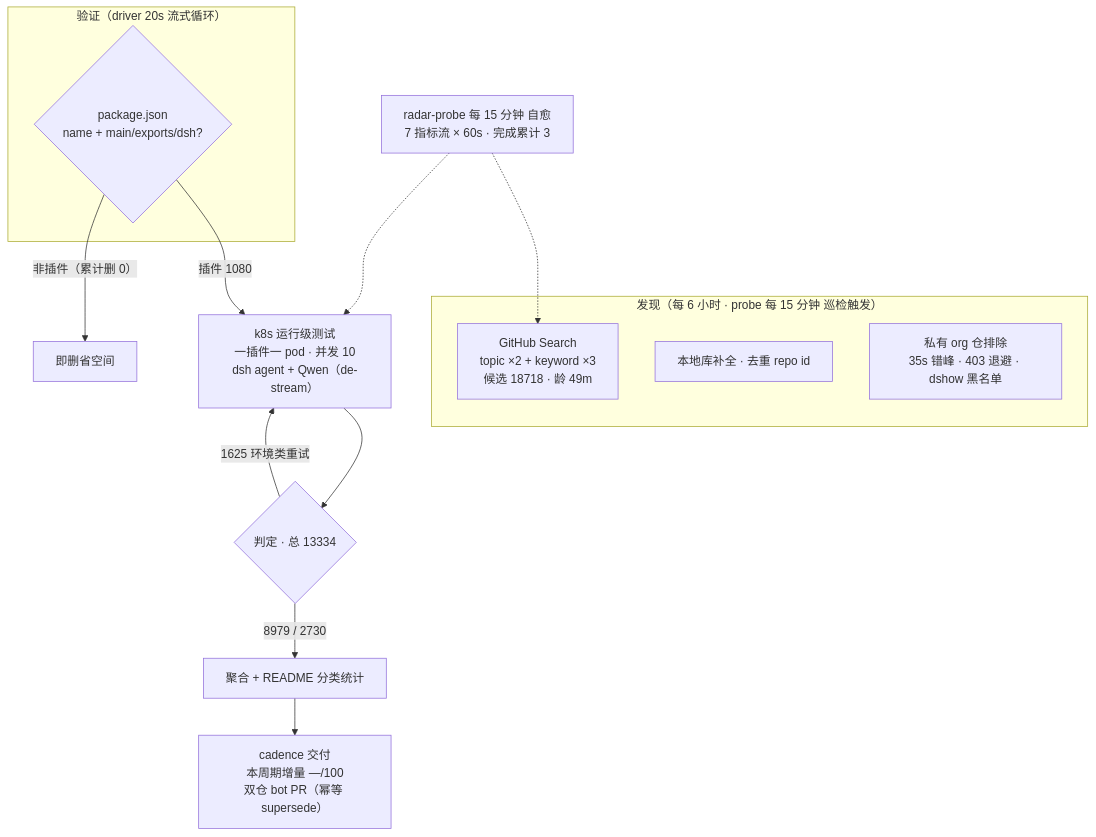
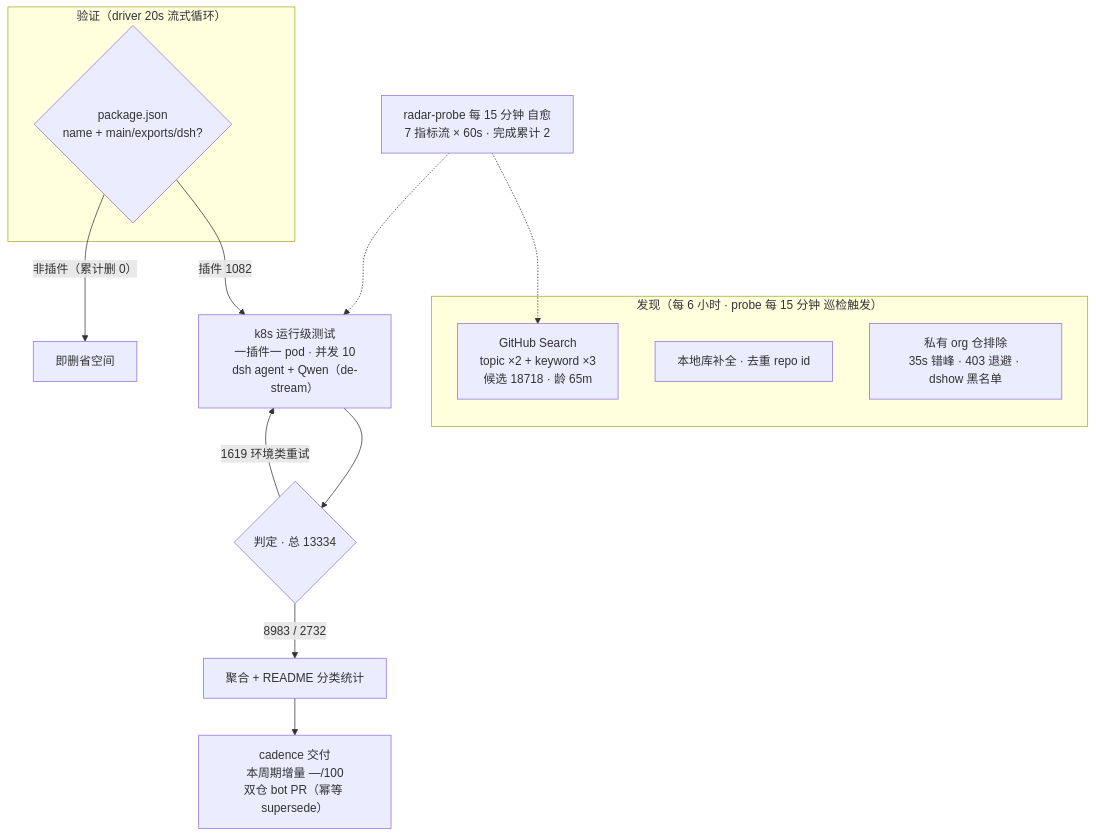
Before and after one commit to AdamPlatin123/dsh-plugin-radar: the diagram in README.md, drawn with Mermaid. The commit also changed other lines of this file and 8 other files, not shown here.

````diff
--- a/README.md
+++ b/README.md
@@ -52,20 +52,20 @@
 ```mermaid
 flowchart TB
     subgraph Discovery["发现（每 6 小时 · probe 每 15 分钟 巡检触发）"]
-        A1["GitHub Search<br/>topic ×2 + keyword ×3<br/>候选 18718 · 龄 49m"]
+        A1["GitHub Search<br/>topic ×2 + keyword ×3<br/>候选 18718 · 龄 65m"]
         A2["本地库补全 · 去重 repo id"]
         A3["私有 org 仓排除<br/>35s 错峰 · 403 退避 · dshow 黑名单"]
     end
     subgraph Validation["验证（driver 20s 流式循环）"]
         B1{"package.json<br/>name + main/exports/dsh?"}
     end
-    B1 -->|"插件 1080"| C1["k8s 运行级测试<br/>一插件一 pod · 并发 10<br/>dsh agent + Qwen（de-stream）"]
+    B1 -->|"插件 1082"| C1["k8s 运行级测试<br/>一插件一 pod · 并发 10<br/>dsh agent + Qwen（de-stream）"]
     B1 -->|"非插件（累计删 0）"| B3["即删省空间"]
     C1 --> D1{"判定 · 总 13334"}
-    D1 -->|"8979 / 2730"| E1["聚合 + README 分类统计"]
-    D1 -->|"1625 环境类重试"| C1
+    D1 -->|"8983 / 2732"| E1["聚合 + README 分类统计"]
+    D1 -->|"1619 环境类重试"| C1
     E1 --> E2["cadence 交付<br/>本周期增量 —/100<br/>双仓 bot PR（幂等 supersede）"]
-    M["radar-probe 每 15 分钟 自愈<br/>7 指标流 × 60s · 完成累计 3"]
+    M["radar-probe 每 15 分钟 自愈<br/>7 指标流 × 60s · 完成累计 2"]
     M -.-> A1
     M -.-> C1
 ```
````
